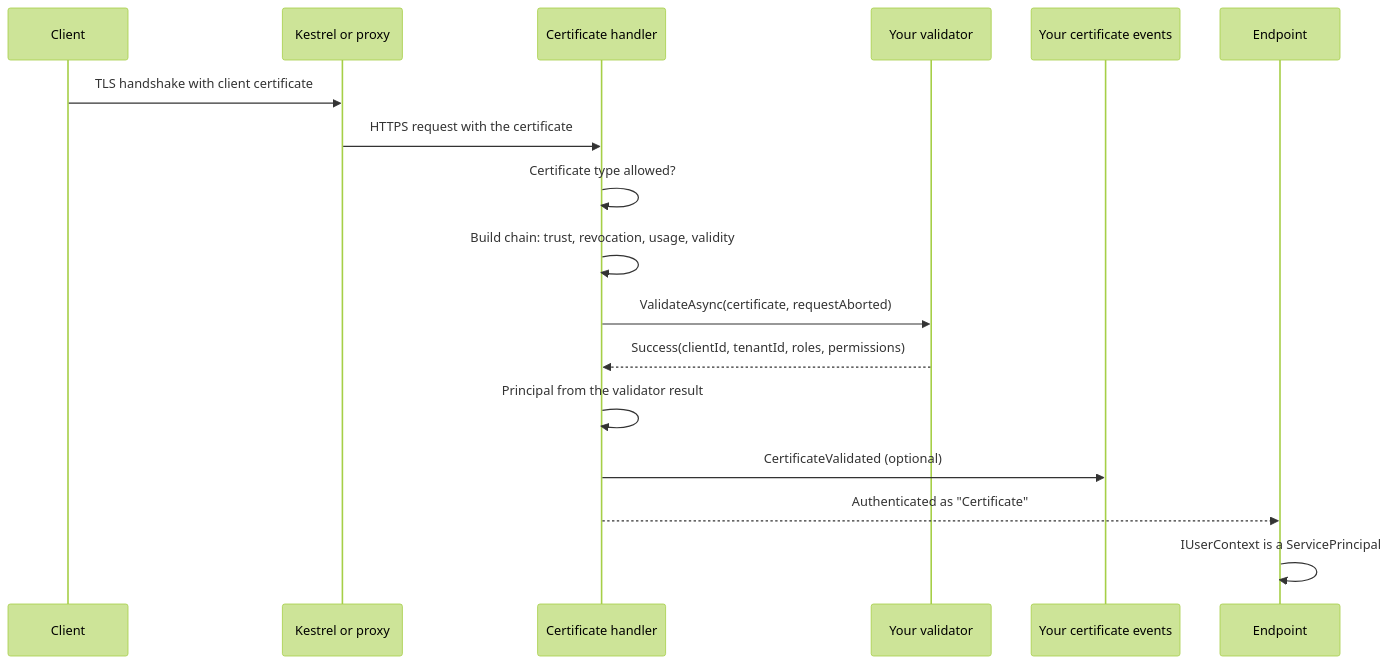
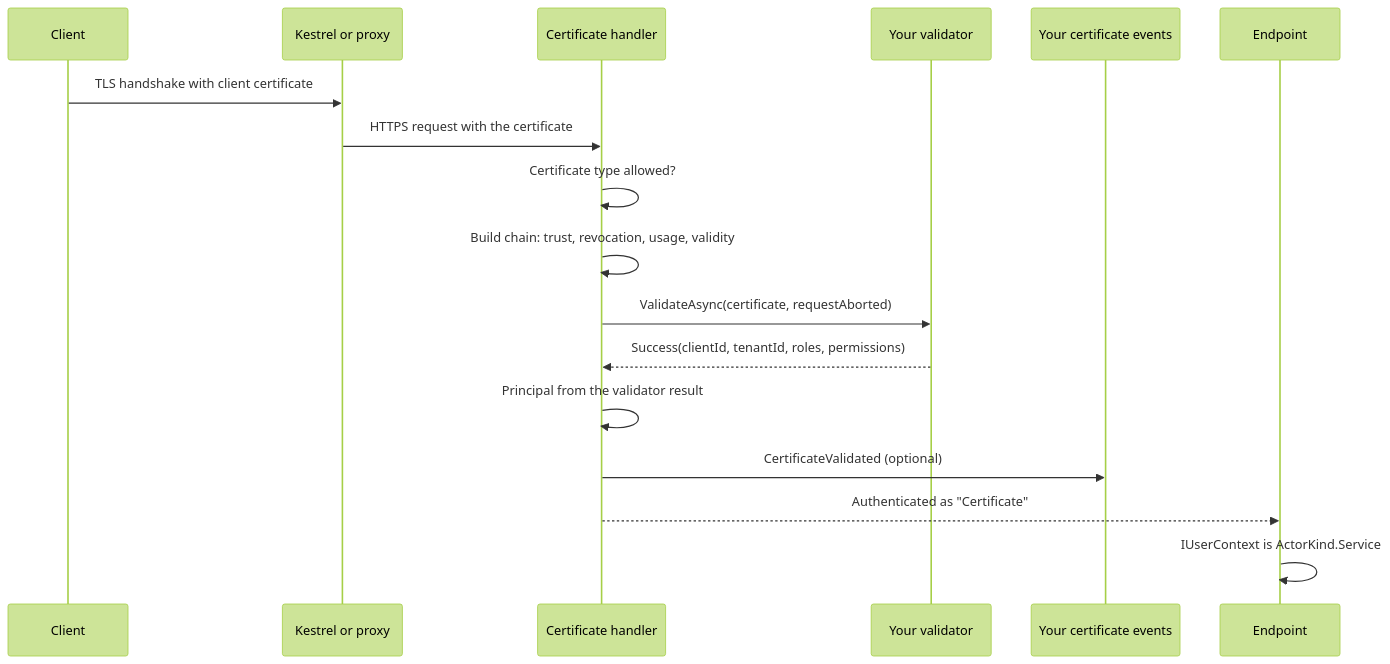
One commit to Gresta-Vertex-Labs/platform-shared-kernel changed the first of 4 diagrams in 12.Security/SharedKernel.Security.Mtls/README.md. Above: the diagram before and after it, drawn with Mermaid (forest theme). The commit also changed other lines of this file and 167 other files, not shown here.

````diff
--- a/12.Security/SharedKernel.Security.Mtls/README.md
+++ b/12.Security/SharedKernel.Security.Mtls/README.md
@@ -157,19 +158,19 @@
 ```mermaid
 sequenceDiagram
     participant C as Client
     participant K as Kestrel or proxy
     participant H as Certificate handler
     participant V as Your validator
     participant E as Your certificate events
     participant A as Endpoint
     C->>K: TLS handshake with client certificate
     K->>H: HTTPS request with the certificate
     H->>H: Certificate type allowed?
     H->>H: Build chain: trust, revocation, usage, validity
     H->>V: ValidateAsync(certificate, requestAborted)
     V-->>H: Success(clientId, tenantId, roles, permissions)
     H->>H: Principal from the validator result
     H->>E: CertificateValidated (optional)
     H-->>A: Authenticated as "Certificate"
-    A->>A: IUserContext is a ServicePrincipal
+    A->>A: IUserContext is ActorKind.Service
 ```
````
